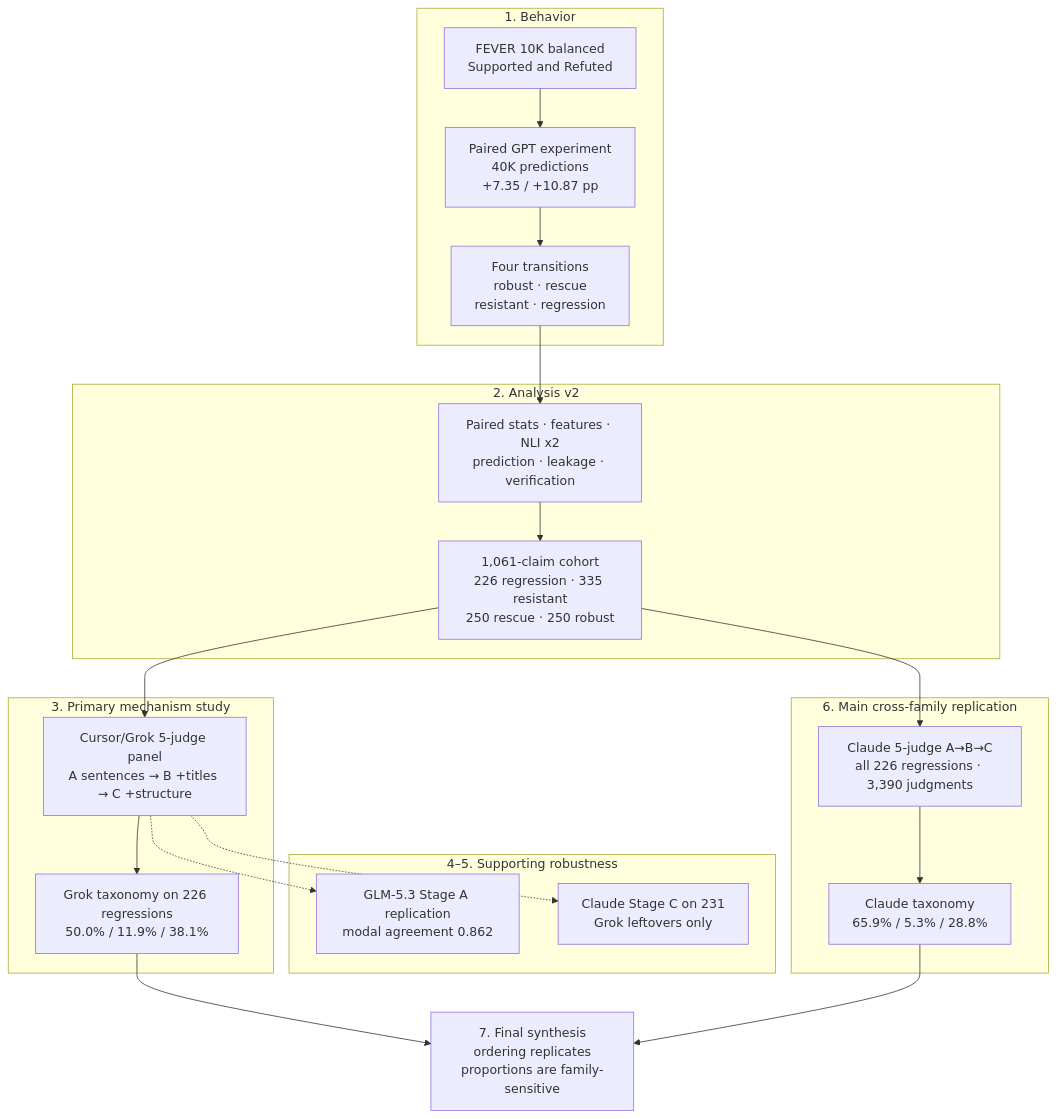
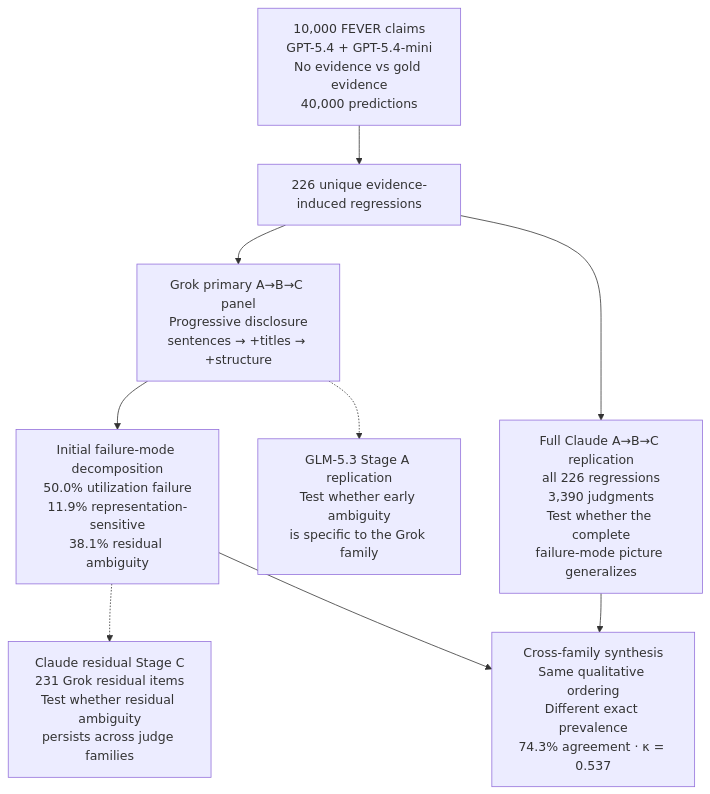
Before and after one commit to ChimdumebiNebolisa/Evidex: the first of 2 diagrams in README.md, drawn with Mermaid. The commit also changed other lines of this file, not shown here.

Commit message:
Clarify Evidex study flow and manuscript navigation.

````diff
--- a/README.md
+++ b/README.md
@@ -21,38 +35,30 @@
 ```mermaid
 flowchart TD
-    subgraph Behavior["1. Behavior"]
-        fever[FEVER 10K balanced<br/>Supported and Refuted]
-        gpt[Paired GPT experiment<br/>40K predictions<br/>+7.35 / +10.87 pp]
-        trans[Four transitions<br/>robust · rescue<br/>resistant · regression]
-        fever --> gpt --> trans
-    end
+    A["10,000 FEVER claims<br/>GPT-5.4 + GPT-5.4-mini<br/>No evidence vs gold evidence<br/>40,000 predictions"]
 
-    subgraph Analysis["2. Analysis v2"]
-        a2[Paired stats · features · NLI x2<br/>prediction · leakage · verification]
-        cohort[1,061-claim cohort<br/>226 regression · 335 resistant<br/>250 rescue · 250 robust]
-        trans --> a2 --> cohort
-    end
+    B["226 unique evidence-induced regressions"]
 
-    subgraph PrimaryAdj["3. Primary mechanism study"]
-        grok[Cursor/Grok 5-judge panel<br/>A sentences → B +titles → C +structure]
-        grokTax[Grok taxonomy on 226 regressions<br/>50.0% / 11.9% / 38.1%]
-        cohort --> grok --> grokTax
-    end
+    C["Grok primary A→B→C panel<br/>Progressive disclosure<br/>sentences → +titles → +structure"]
 
-    subgraph Support["4–5. Supporting robustness"]
-        glm[GLM-5.3 Stage A replication<br/>modal agreement 0.862]
-        resid[Claude Stage C on 231<br/>Grok leftovers only]
-        grok -.-> glm
-        grok -.-> resid
-    end
+    D["Initial failure-mode decomposition<br/>50.0% utilization failure<br/>11.9% representation-sensitive<br/>38.1% residual ambiguity"]
 
-    subgraph Replication["6. Main cross-family replication"]
-        claude[Claude 5-judge A→B→C<br/>all 226 regressions · 3,390 judgments]
-        claudeTax[Claude taxonomy<br/>65.9% / 5.3% / 28.8%]
-        cohort --> claude --> claudeTax
-    end
+    E["GLM-5.3 Stage A replication<br/>Test whether early ambiguity<br/>is specific to the Grok family"]
 
-    mix[7. Final synthesis<br/>ordering replicates<br/>proportions are family-sensitive]
-    grokTax --> mix
-    claudeTax --> mix
+    F["Claude residual Stage C<br/>231 Grok residual items<br/>Test whether residual ambiguity<br/>persists across judge families"]
+
+    G["Full Claude A→B→C replication<br/>all 226 regressions<br/>3,390 judgments<br/>Test whether the complete<br/>failure-mode picture generalizes"]
+
+    H["Cross-family synthesis<br/>Same qualitative ordering<br/>Different exact prevalence<br/>74.3% agreement · κ = 0.537"]
+
+    A --> B
+    B --> C
+    C --> D
+
+    C -.-> E
+    D -.-> F
+
+    B --> G
+
+    D --> H
+    G --> H
 ```
````
